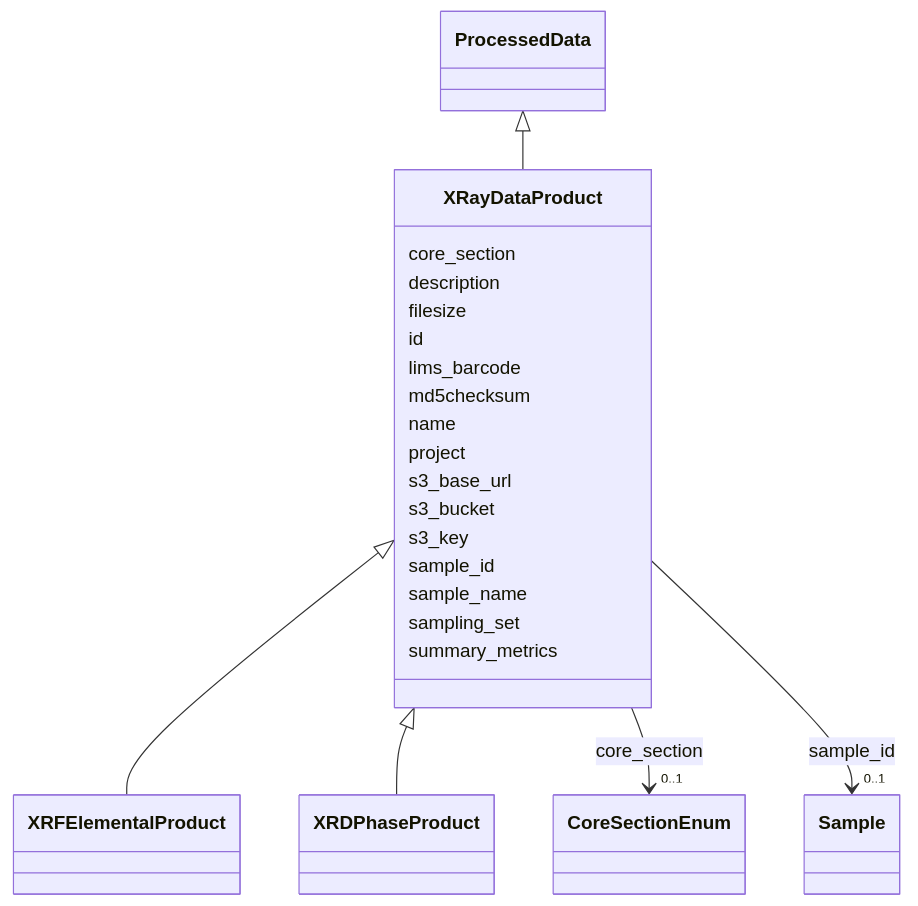
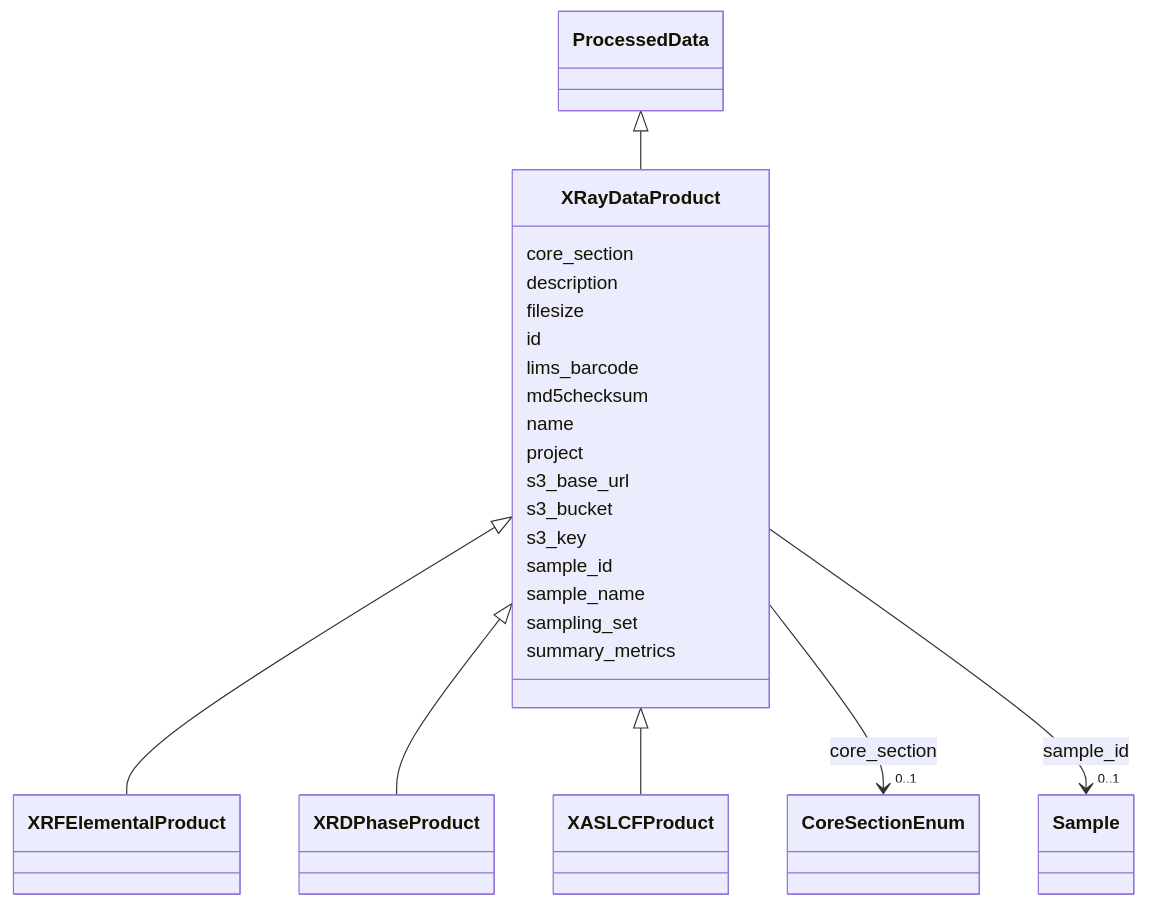
Before and after one commit to EMSL-Computing/BASALT-Schema: the diagram in docs/elements/XRayDataProduct.md, drawn with Mermaid. The commit also changed other lines of this file and 284 other files, not shown here.

````diff
--- a/docs/elements/XRayDataProduct.md
+++ b/docs/elements/XRayDataProduct.md
@@ -46,64 +52,66 @@
 ```mermaid
  classDiagram
     class XRayDataProduct
     click XRayDataProduct href "../XRayDataProduct/"
       ProcessedData <|-- XRayDataProduct
         click ProcessedData href "../ProcessedData/"
       
 
       XRayDataProduct <|-- XRFElementalProduct
         click XRFElementalProduct href "../XRFElementalProduct/"
       XRayDataProduct <|-- XRDPhaseProduct
         click XRDPhaseProduct href "../XRDPhaseProduct/"
+      XRayDataProduct <|-- XASLCFProduct
+        click XASLCFProduct href "../XASLCFProduct/"
       
 
       XRayDataProduct : core_section
         
           
     
         
         
         XRayDataProduct --> "0..1" CoreSectionEnum : core_section
         click CoreSectionEnum href "../CoreSectionEnum/"
     
 
         
       XRayDataProduct : description
         
       XRayDataProduct : filesize
         
       XRayDataProduct : id
         
       XRayDataProduct : lims_barcode
         
       XRayDataProduct : md5checksum
         
       XRayDataProduct : name
         
       XRayDataProduct : project
         
       XRayDataProduct : s3_base_url
         
       XRayDataProduct : s3_bucket
         
       XRayDataProduct : s3_key
         
       XRayDataProduct : sample_id
         
           
     
         
         
         XRayDataProduct --> "0..1" Sample : sample_id
         click Sample href "../Sample/"
     
 
         
       XRayDataProduct : sample_name
         
       XRayDataProduct : sampling_set
         
       XRayDataProduct : summary_metrics
         
       
 ```
````
